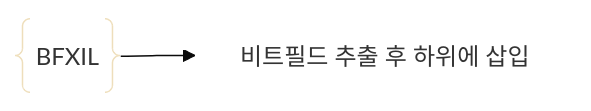
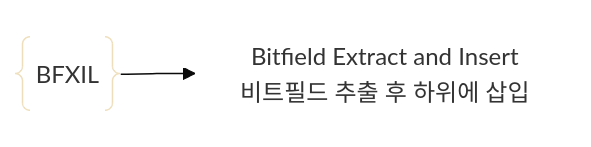
One commit to ViVaKR/Hun changed diagram 29 of 47 in docs/index.md. Above: the diagram before and after it, drawn with Mermaid (base theme). The commit also changed other lines of this file, not shown here.

````diff
--- a/docs/index.md
+++ b/docs/index.md
@@ -536,6 +552,6 @@
 ```mermaid
 flowchart LR
    BFXIL@{ shape: braces}    
-   BFXIL --> desc["비트필드 추출 후 하위에 삽입"]
+   BFXIL --> desc["Bitfield Extract and Insert<br>비트필드 추출 후 하위에 삽입"]
    style desc fill:none,stroke:none
 ```
````
